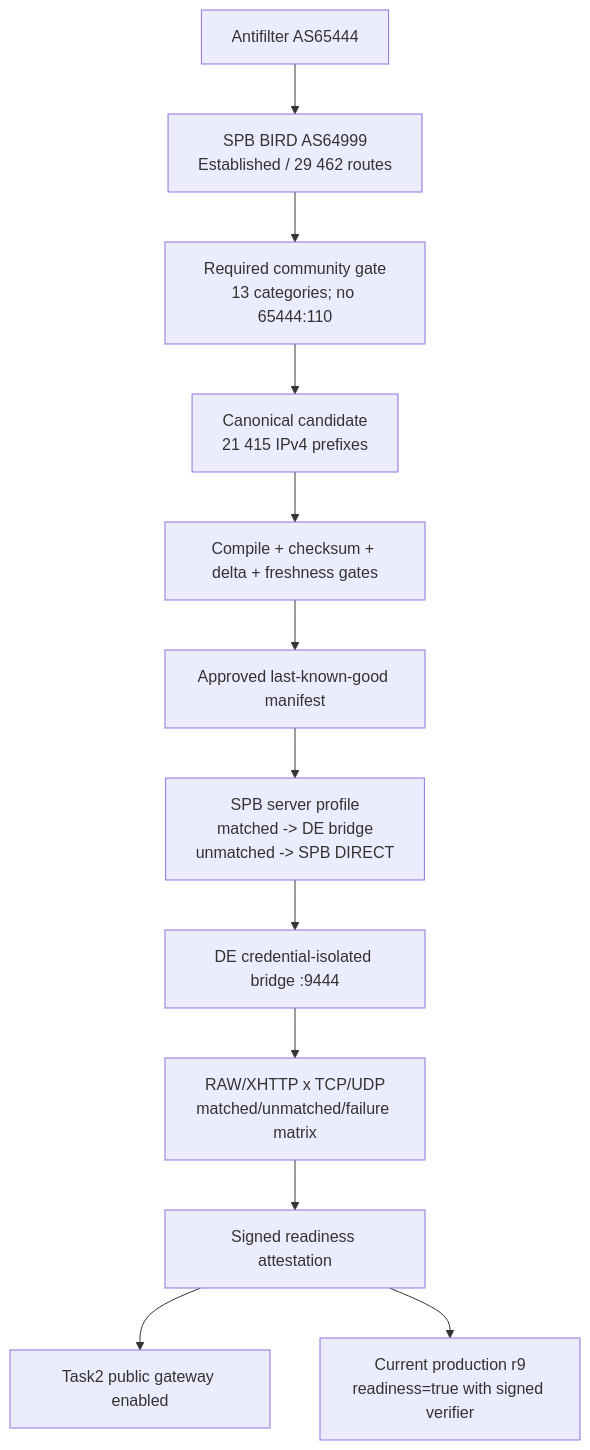
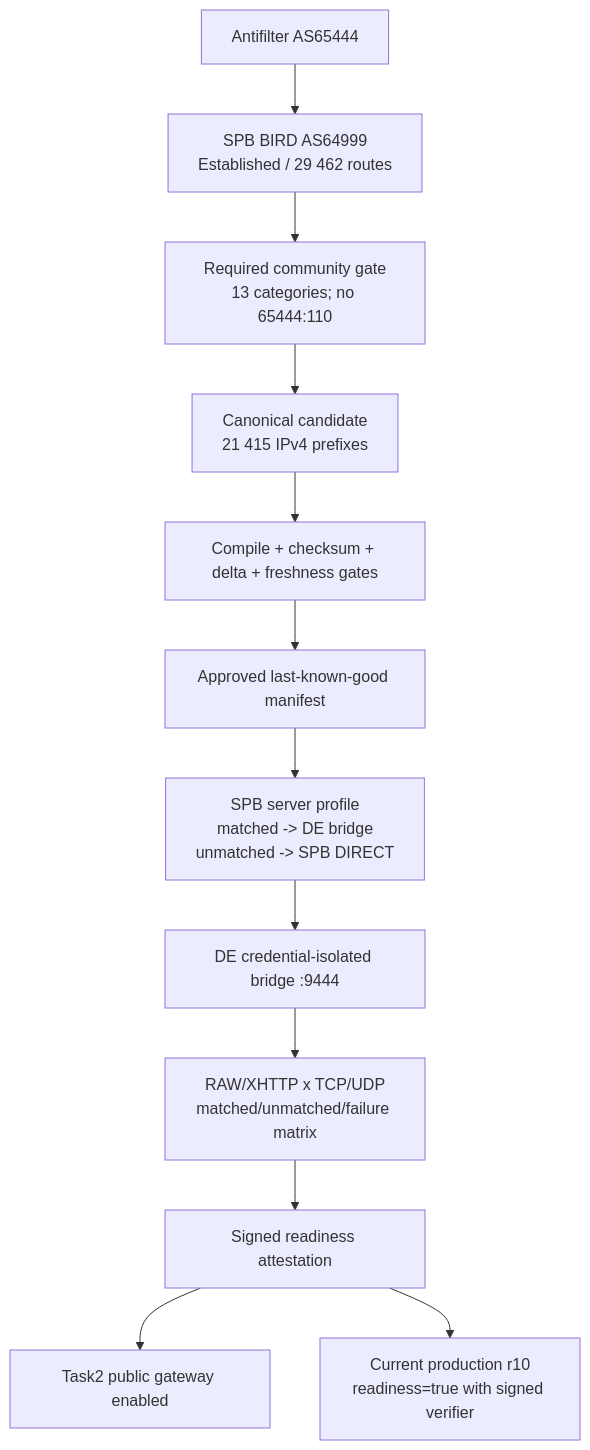
The third of 4 diagrams in docs/architecture/CYBERVPN_PREMIUM_SMART_RU_CURRENT_PRODUCTION_ARCHITECTURE.md (Beep206/CyberVPN), drawn with Mermaid before and after one commit. The commit also changed other lines of this file and 6 other files, not shown here.

````diff
--- a/docs/architecture/CYBERVPN_PREMIUM_SMART_RU_CURRENT_PRODUCTION_ARCHITECTURE.md
+++ b/docs/architecture/CYBERVPN_PREMIUM_SMART_RU_CURRENT_PRODUCTION_ARCHITECTURE.md
@@ -670,14 +682,14 @@
 ```mermaid
 flowchart TD
     AF["Antifilter AS65444"] --> BGP["SPB BIRD AS64999\nEstablished / 29 462 routes"]
     BGP --> PC["Required community gate\n13 categories; no 65444:110"]
     PC --> CAN["Canonical candidate\n21 415 IPv4 prefixes"]
     CAN --> CMP["Compile + checksum + delta + freshness gates"]
     CMP --> LKG["Approved last-known-good manifest"]
     LKG --> SPB["SPB server profile\nmatched -> DE bridge\nunmatched -> SPB DIRECT"]
     SPB --> DE["DE credential-isolated bridge :9444"]
     DE --> MAT["RAW/XHTTP x TCP/UDP\nmatched/unmatched/failure matrix"]
     MAT --> ATT["Signed readiness attestation"]
     ATT --> GW2["Task2 public gateway enabled"]
-    ATT --> FC2["Current production r9\nreadiness=true with signed verifier"]
+    ATT --> FC2["Current production r10\nreadiness=true with signed verifier"]
 ```
````
